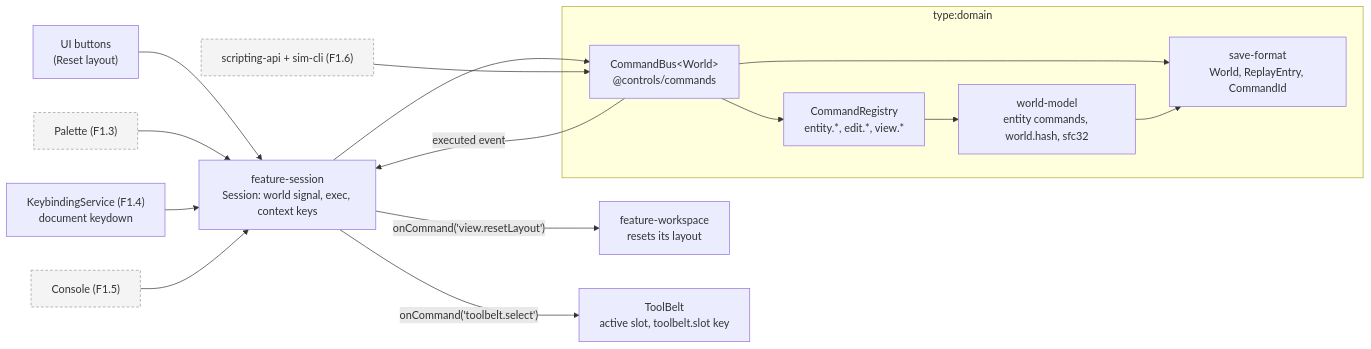
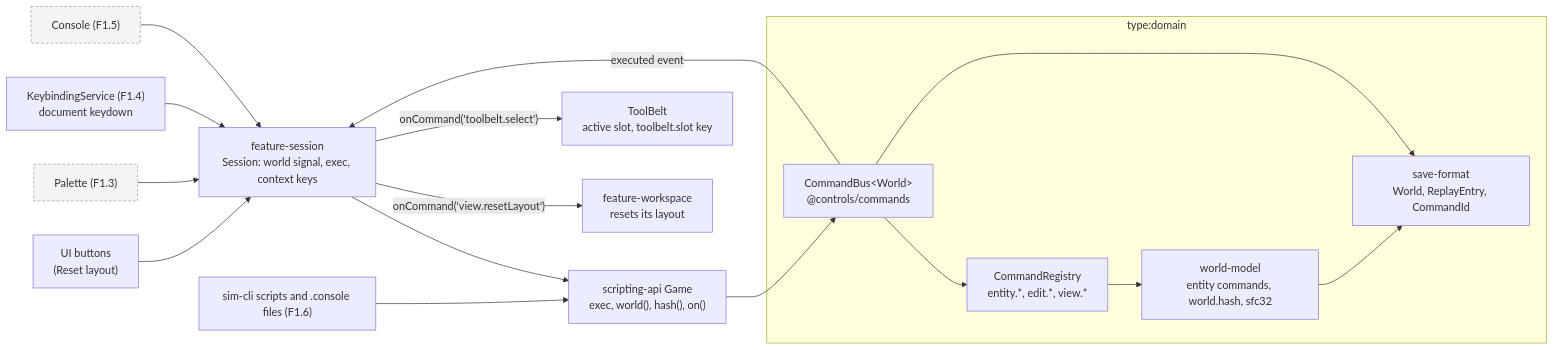
One commit to joebarbere/controls changed the first of 4 diagrams in docs/architecture/commands.md. Above: the diagram before and after it, drawn with Mermaid. The commit also changed other lines of this file and 55 other files, not shown here.

First line of the commit message:
feat(scripting): F1.6 scripting API, console-line parser and sim-cli (#9)

````diff
--- a/docs/architecture/commands.md
+++ b/docs/architecture/commands.md
@@ -9,23 +9,24 @@
 ```mermaid
 flowchart LR
     classDef later fill:#f4f4f4,stroke:#999,stroke-dasharray: 4 3;
     BTN["UI buttons<br/>(Reset layout)"] --> SES
     PAL["Palette (F1.3)"]:::later --> SES
     KEY["KeybindingService (F1.4)<br/>document keydown"] --> SES
     CON["Console (F1.5)"]:::later --> SES
-    SES["feature-session<br/>Session: world signal, exec, context keys"] --> BUS
-    SCR["scripting-api + sim-cli (F1.6)"]:::later --> BUS
+    SES["feature-session<br/>Session: world signal, exec, context keys"] --> GAME
+    SCR["sim-cli scripts and .console files (F1.6)"] --> GAME
+    GAME["scripting-api Game<br/>exec, world(), hash(), on()"] --> BUS
     subgraph domain["type:domain"]
         BUS["CommandBus&lt;World&gt;<br/>@controls/commands"]
         REG["CommandRegistry<br/>entity.*, edit.*, view.*"]
         WM["world-model<br/>entity commands, world.hash, sfc32"]
         SF["save-format<br/>World, ReplayEntry, CommandId"]
         BUS --> REG
         REG --> WM
         BUS --> SF
         WM --> SF
     end
     BUS -->|"executed event"| SES
     SES -->|"onCommand('view.resetLayout')"| WS["feature-workspace<br/>resets its layout"]
     SES -->|"onCommand('toolbelt.select')"| TB["ToolBelt<br/>active slot, toolbelt.slot key"]
 ```
````
